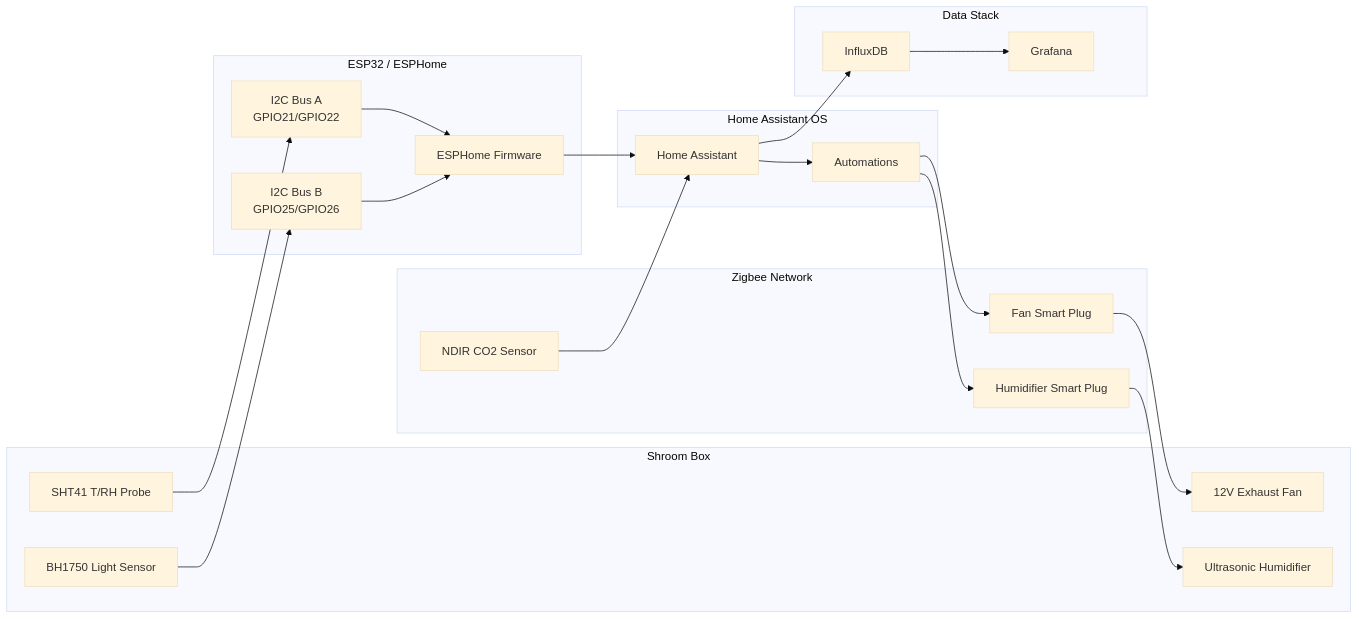
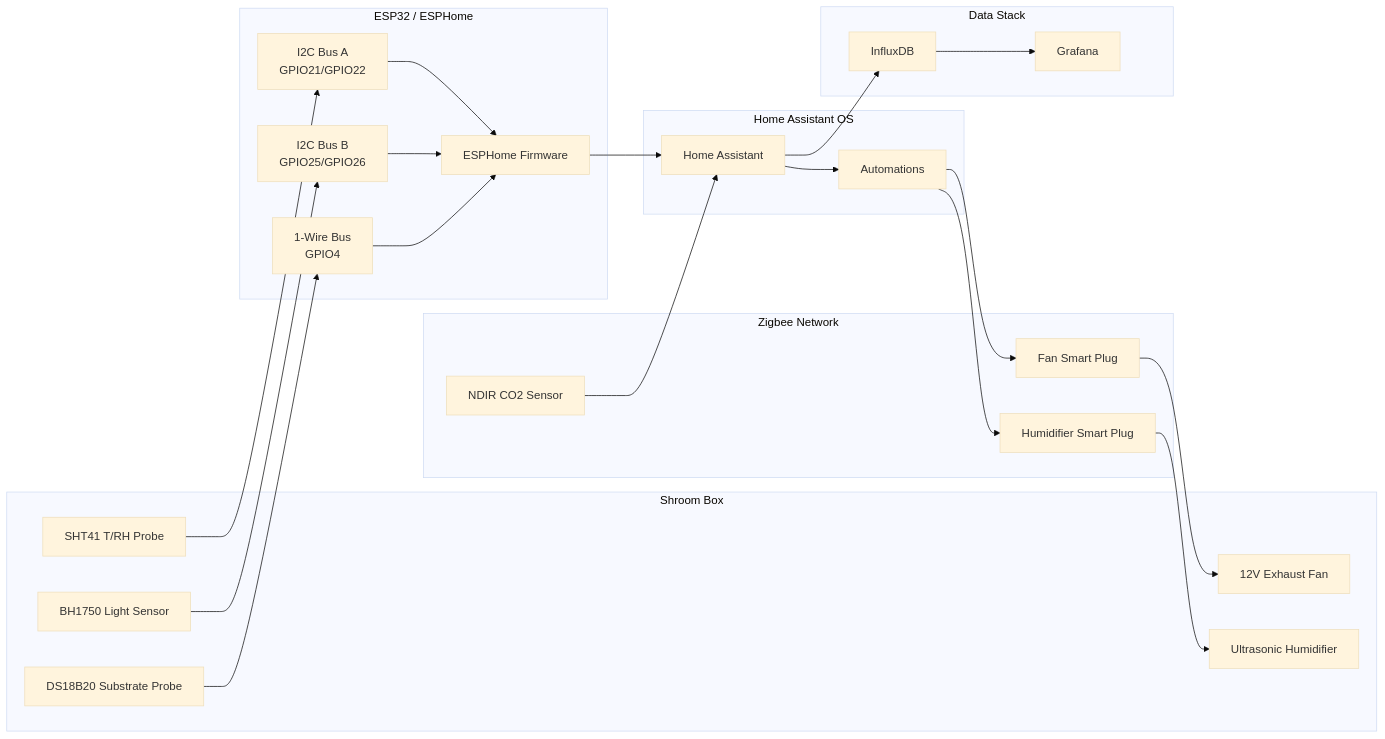
The diagram in docs/architecture.md (dan-lebedev/shroom-box-automation), drawn with Mermaid (base theme) before and after one commit. The commit also changed other lines of this file and 2 other files, not shown here.

Commit message:
feat(hardware): add DS18B20 substrate temp probe to shroom box
Add 1-Wire DS18B20 waterproof probe for substrate temperature monitoring.
Update ESPHome config, wiring, BOM, architecture docs.
Sensor placed in fruiting block to track substrate vs air temperature delta.

````diff
--- a/docs/architecture.md
+++ b/docs/architecture.md
@@ -17,48 +17,56 @@
 ```mermaid
 flowchart LR
     subgraph Box["Shroom Box"]
         SHT["SHT41 T/RH Probe"]
         BH["BH1750 Light Sensor"]
         FAN["12V Exhaust Fan"]
         HUM["Ultrasonic Humidifier"]
+        DS18B20["DS18B20 Substrate Probe"]
     end
 
     subgraph ESP["ESP32 / ESPHome"]
         I2CA["I2C Bus A<br/>GPIO21/GPIO22"]
         I2CB["I2C Bus B<br/>GPIO25/GPIO26"]
         ESPHOME["ESPHome Firmware"]
+        OW["1-Wire Bus<br/>GPIO4"]
     end
 
     subgraph Zigbee["Zigbee Network"]
         CO2["NDIR CO2 Sensor"]
         FANPLUG["Fan Smart Plug"]
         HUMPLUG["Humidifier Smart Plug"]
     end
 
     subgraph HA["Home Assistant OS"]
         HASS["Home Assistant"]
         AUTO["Automations"]
     end
 
     subgraph Data["Data Stack"]
         INFLUX["InfluxDB"]
         GRAFANA["Grafana"]
     end
 
     SHT --> I2CA
     BH --> I2CB
     I2CA --> ESPHOME
     I2CB --> ESPHOME
     ESPHOME --> HASS
 
     CO2 --> HASS
     HASS --> AUTO
     AUTO --> FANPLUG
     AUTO --> HUMPLUG
 
     FANPLUG --> FAN
     HUMPLUG --> HUM
 
     HASS --> INFLUX
     INFLUX --> GRAFANA
+
+    DS18B20 --> OW
+    OW --> ESPHOME
+
+
+    
 ```
````
